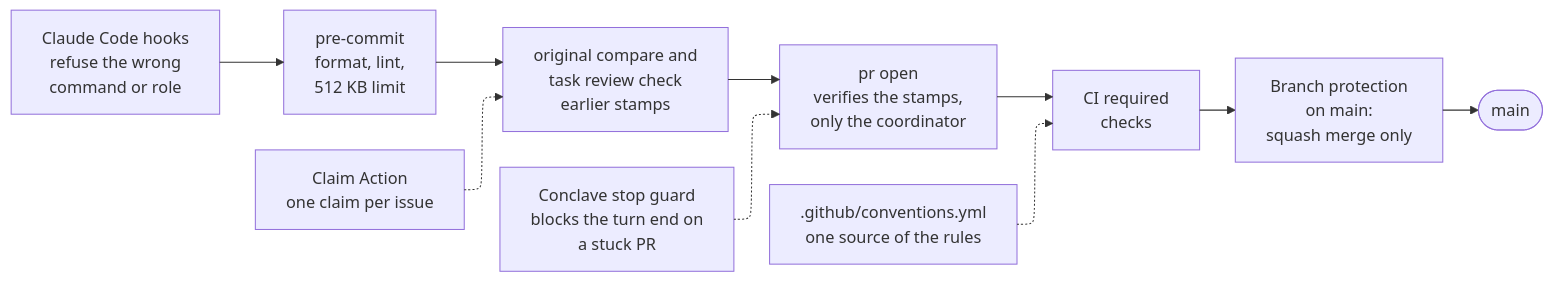
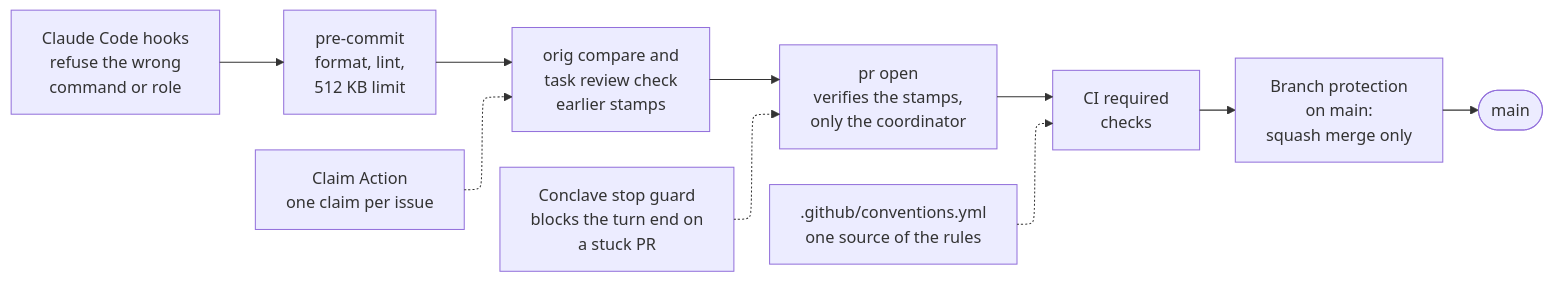
The third of 3 diagrams in docs/guides/how-we-work.md (Ryubara/coney), drawn with Mermaid before and after one commit. The commit also changed other lines of this file and 416 other files, not shown here.

````diff
--- a/docs/guides/how-we-work.md
+++ b/docs/guides/how-we-work.md
@@ -513,16 +515,16 @@
 ```mermaid
 ---
 config:
   layout: elk
 ---
 flowchart LR
   hooks["Claude Code hooks<br/>refuse the wrong<br/>command or role"] --> pre["pre-commit<br/>format, lint,<br/>512 KB limit"]
-  pre --> stamps["original compare and<br/>task review check<br/>earlier stamps"]
+  pre --> stamps["orig compare and<br/>task review check<br/>earlier stamps"]
   stamps --> push["pr open<br/>verifies the stamps,<br/>only the coordinator"]
   push --> ci["CI required<br/>checks"]
   ci --> rules["Branch protection<br/>on main:<br/>squash merge only"]
   rules --> main(["main"])
   claim["Claim Action<br/>one claim per issue"] -.-> stamps
   conclave["Conclave stop guard<br/>blocks the turn end on<br/>a stuck PR"] -.-> push
   conv[".github/conventions.yml<br/>one source of the rules"] -.-> ci
 ```
````
